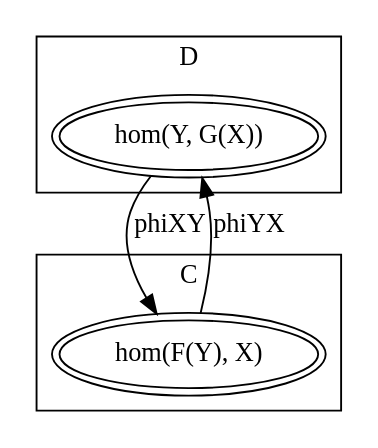
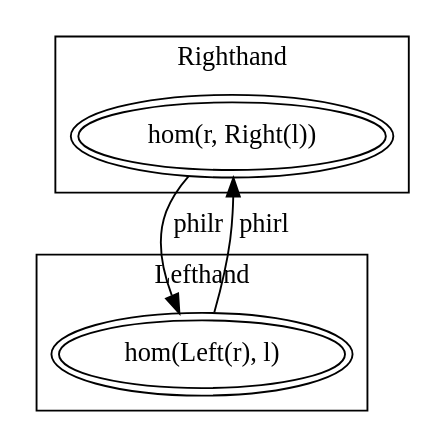
Before and after one commit to frankymacster/category-theory-graphviz: the third of 5 diagrams in adjoint-functors.md, drawn with Graphviz. The commit also changed other lines of this file, not shown here.

Commit message:
adjoint-functor: made diagrams quicker to understand

````diff
--- a/adjoint-functors.md
+++ b/adjoint-functors.md
@@ -37,20 +37,20 @@
 ```graphviz
 digraph G {
   subgraph clusterD {
-    label="D"
+    label="Righthand"
     node [peripheries=2]
 
-    "hom(Y, G(X))"
+    "hom(r, Right(l))"
   }
 
   subgraph clusterC {
-    label="C"
+    label="Lefthand"
     node [peripheries=2]
 
-    "hom(F(Y), X)"
+    "hom(Left(r), l)"
   }
 
-  "hom(Y, G(X))" -> "hom(F(Y), X)" [label="phiXY"]
-  "hom(F(Y), X)" -> "hom(Y, G(X))" [label="phiYX"]
+  "hom(r, Right(l))" -> "hom(Left(r), l)" [label="philr"]
+  "hom(Left(r), l)" -> "hom(r, Right(l))" [label="phirl"]
 }
 ```
````
